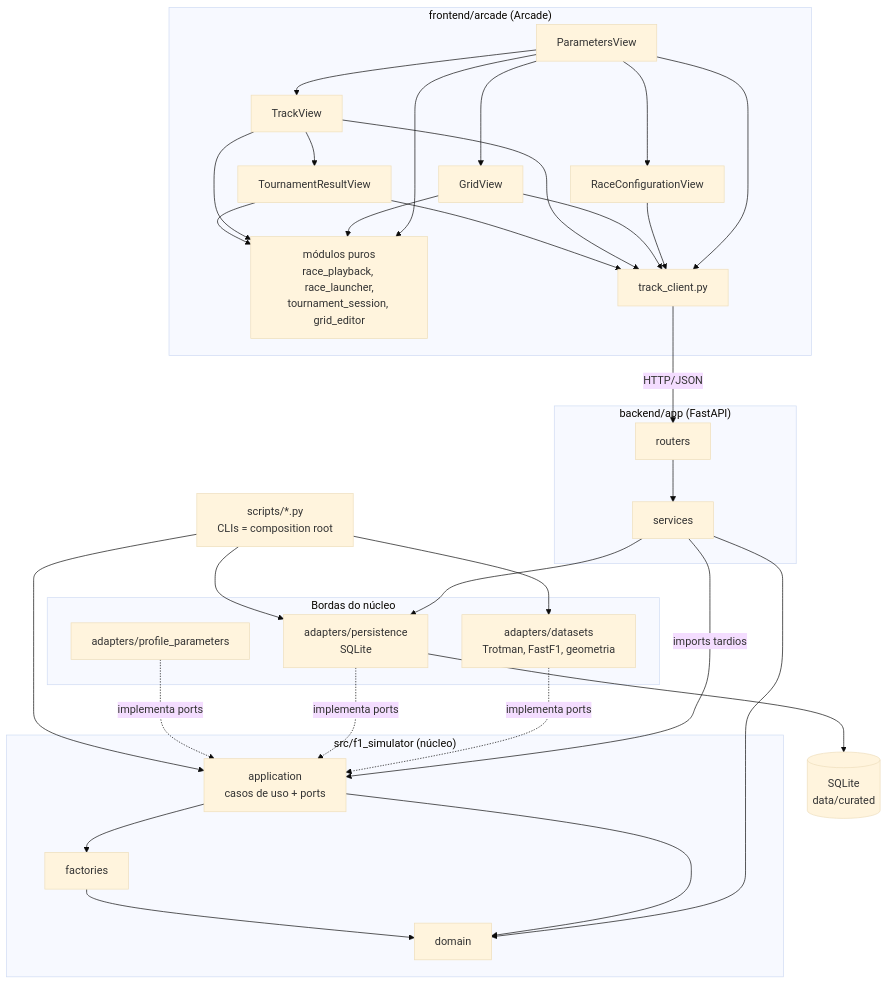
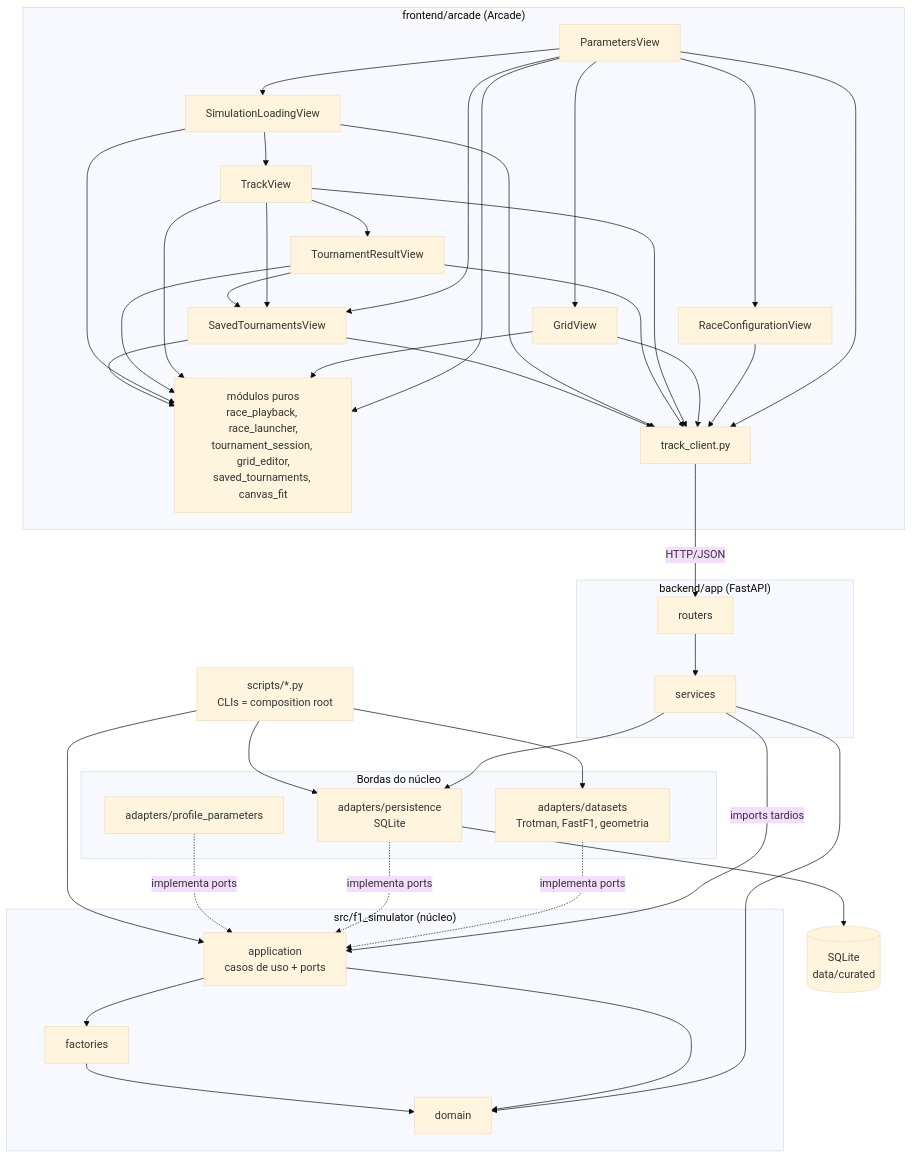
The first of 3 diagrams in docs/CODEBASE_MAP.md (guilherme-webster/mc857-o-projeto), drawn with Mermaid (base theme) before and after one commit. The commit also changed other lines of this file and 1 other file, not shown here.

````diff
--- a/docs/CODEBASE_MAP.md
+++ b/docs/CODEBASE_MAP.md
@@ -42,50 +43,54 @@
 ```mermaid
 graph TB
     subgraph Frontend["frontend/arcade (Arcade)"]
         PV[ParametersView]
         RCV[RaceConfigurationView]
         GV[GridView]
         TV[TrackView]
         TRV[TournamentResultView]
-        PURE[módulos puros<br/>race_playback, race_launcher,<br/>tournament_session, grid_editor]
+        LV[SimulationLoadingView]
+        SV[SavedTournamentsView]
+        PURE[módulos puros<br/>race_playback, race_launcher,<br/>tournament_session, grid_editor,<br/>saved_tournaments, canvas_fit]
         TC[track_client.py]
     end
     subgraph Backend["backend/app (FastAPI)"]
         R[routers]
         S[services]
     end
     subgraph Core["src/f1_simulator (núcleo)"]
         D[domain]
         A[application<br/>casos de uso + ports]
         F[factories]
     end
     subgraph Edges["Bordas do núcleo"]
         AD[adapters/datasets<br/>Trotman, FastF1, geometria]
         P[adapters/persistence<br/>SQLite]
         PA[adapters/profile_parameters]
     end
     SC[scripts/*.py<br/>CLIs = composition root]
     DB[(SQLite<br/>data/curated)]
 
     PV --> RCV
     PV --> GV
-    PV --> TV
+    PV --> LV
+    LV --> TV
     TV --> TRV
-    PV & GV & TV & TRV --> PURE
-    PV & RCV & GV & TV & TRV --> TC
+    PV & TV & TRV --> SV
+    PV & GV & TV & TRV & LV & SV --> PURE
+    PV & RCV & GV & TV & TRV & LV & SV --> TC
     TC -- HTTP/JSON --> R
     R --> S
     S -- imports tardios --> A
     S --> D
     S --> P
     A --> D
     A --> F
     F --> D
     AD -. implementa ports .-> A
     P -. implementa ports .-> A
     PA -. implementa ports .-> A
     P --> DB
     SC --> AD
     SC --> P
     SC --> A
 ```
````
